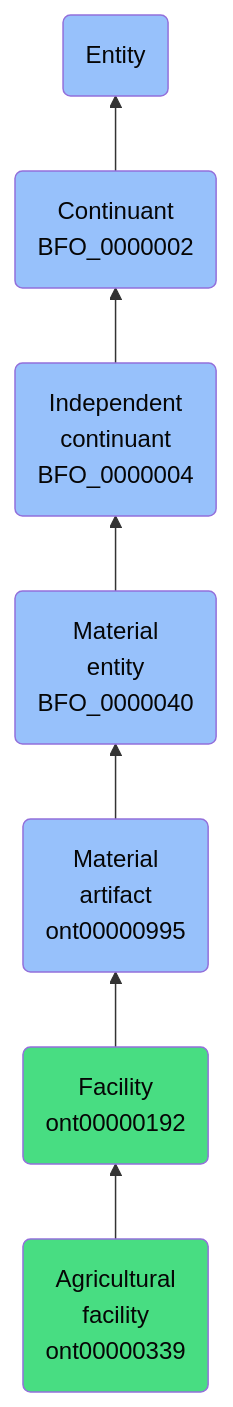
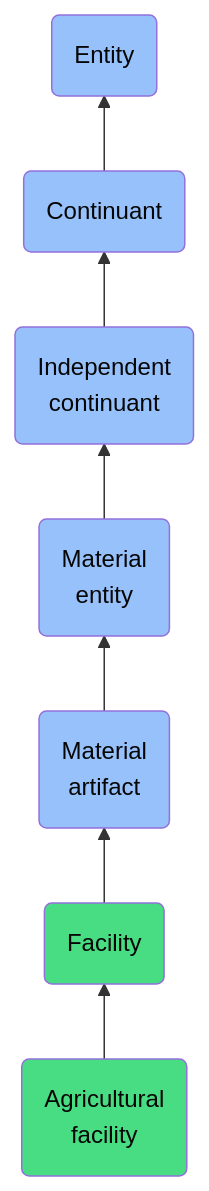
One commit to jupyter-naas/abi changed the diagram in docs/ontology/reference/model/Entity/Continuant/Independent continuant/Material entity/Material artifact/Facility/Agricultural facility/Agricultural facility.md. Above: the diagram before and after it, drawn with Mermaid. The commit also changed other lines of this file and 1430 other files, not shown here.

````diff
--- a/docs/ontology/reference/model/Entity/Continuant/Independent continuant/Material entity/Material artifact/Facility/Agricultural facility/Agricultural facility.md
+++ b/docs/ontology/reference/model/Entity/Continuant/Independent continuant/Material entity/Material artifact/Facility/Agricultural facility/Agricultural facility.md
@@ -24,14 +24,14 @@
 ```mermaid
 graph BT
-    ont00000339(Agricultural<br>facility<br>ont00000339):::ABI-->ont00000192
-    ont00000192(Facility<br>ont00000192):::ABI-->ont00000995
-    ont00000995(Material<br>artifact<br>ont00000995):::BFO-->BFO_0000040
-    BFO_0000040(Material<br>entity<br>BFO_0000040):::BFO-->BFO_0000004
-    BFO_0000004(Independent<br>continuant<br>BFO_0000004):::BFO-->BFO_0000002
-    BFO_0000002(Continuant<br>BFO_0000002):::BFO-->BFO_0000001
+    ont00000339(Agricultural<br>facility):::ABI-->ont00000192
+    ont00000192(Facility):::ABI-->ont00000995
+    ont00000995(Material<br>artifact):::BFO-->BFO_0000040
+    BFO_0000040(Material<br>entity):::BFO-->BFO_0000004
+    BFO_0000004(Independent<br>continuant):::BFO-->BFO_0000002
+    BFO_0000002(Continuant):::BFO-->BFO_0000001
     BFO_0000001(Entity):::BFO
     
     classDef BFO fill:#97c1fb,color:#060606
     classDef CCO fill:#e4c51e,color:#060606
     classDef ABI fill:#48DD82,color:#060606
 ```
````
